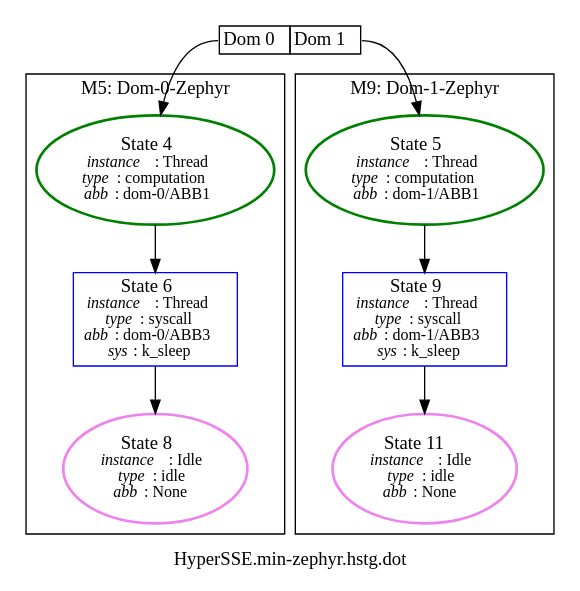
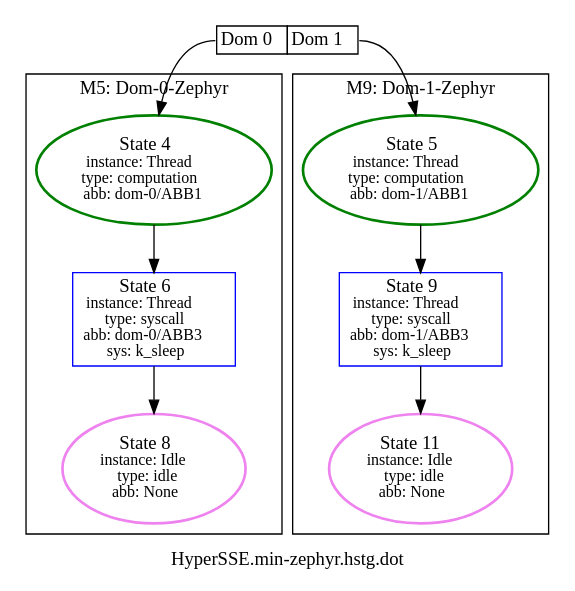
The diagram in appl/Xen/min-zephyr/HyperSSE.min-zephyr.hstg.dot (luhsra/ara), drawn with Graphviz before and after one commit. The commit also changed 10 other files, not shown here.

```diff
--- a/appl/Xen/min-zephyr/HyperSSE.min-zephyr.hstg.dot
+++ b/appl/Xen/min-zephyr/HyperSSE.min-zephyr.hstg.dot
@@ -1,24 +1,24 @@
 digraph G {
 label="HyperSSE.min-zephyr.hstg.dot";
 1 [label=<<TABLE BORDER="0" CELLBORDER="1" CELLSPACING="0"><TR><TD PORT="c0">Dom 0</TD><TD PORT="c1">Dom 1</TD></TR></TABLE>>, shape=plaintext, tooltip=1];
 subgraph cluster_5 {
 label="M5: Dom-0-Zephyr";
-2 [color=green, fontsize=14, label=<State 4<br/><font point-size='12'><i>instance</i>: Thread<br/><i>type</i>: computation<br/><i>abb</i>: dom-0/ABB1</font>>, style=bold, tooltip=2];
-3 [color=blue, fontsize=14, label=<State 6<br/><font point-size='12'><i>instance</i>: Thread<br/><i>type</i>: syscall<br/><i>abb</i>: dom-0/ABB3<br/><i>sys</i>: k_sleep</font>>, shape=box, tooltip=3];
-4 [color=violet, fontsize=14, label=<State 8<br/><font point-size='12'><i>instance</i>: Idle<br/><i>type</i>: idle<br/><i>abb</i>: None</font>>, style=bold, tooltip=4];
+2 [color=green, fontsize=14, label=<State 4<br/><font point-size='12'>instance: Thread<br/>type: computation<br/>abb: dom-0/ABB1</font>>, style=bold, tooltip=2];
+3 [color=blue, fontsize=14, label=<State 6<br/><font point-size='12'>instance: Thread<br/>type: syscall<br/>abb: dom-0/ABB3<br/>sys: k_sleep</font>>, shape=box, tooltip=3];
+4 [color=violet, fontsize=14, label=<State 8<br/><font point-size='12'>instance: Idle<br/>type: idle<br/>abb: None</font>>, style=bold, tooltip=4];
 }
 
 subgraph cluster_9 {
 label="M9: Dom-1-Zephyr";
-8 [color=violet, fontsize=14, label=<State 11<br/><font point-size='12'><i>instance</i>: Idle<br/><i>type</i>: idle<br/><i>abb</i>: None</font>>, style=bold, tooltip=8];
-6 [color=green, fontsize=14, label=<State 5<br/><font point-size='12'><i>instance</i>: Thread<br/><i>type</i>: computation<br/><i>abb</i>: dom-1/ABB1</font>>, style=bold, tooltip=6];
-7 [color=blue, fontsize=14, label=<State 9<br/><font point-size='12'><i>instance</i>: Thread<br/><i>type</i>: syscall<br/><i>abb</i>: dom-1/ABB3<br/><i>sys</i>: k_sleep</font>>, shape=box, tooltip=7];
+8 [color=violet, fontsize=14, label=<State 11<br/><font point-size='12'>instance: Idle<br/>type: idle<br/>abb: None</font>>, style=bold, tooltip=8];
+6 [color=green, fontsize=14, label=<State 5<br/><font point-size='12'>instance: Thread<br/>type: computation<br/>abb: dom-1/ABB1</font>>, style=bold, tooltip=6];
+7 [color=blue, fontsize=14, label=<State 9<br/><font point-size='12'>instance: Thread<br/>type: syscall<br/>abb: dom-1/ABB3<br/>sys: k_sleep</font>>, shape=box, tooltip=7];
 }
 
 1:c0 -> 2  [color=black];
 1:c1 -> 6  [color=black];
 2 -> 3  [color=black];
 3 -> 4  [color=black];
 6 -> 7  [color=black];
 7 -> 8  [color=black];
 }
```
